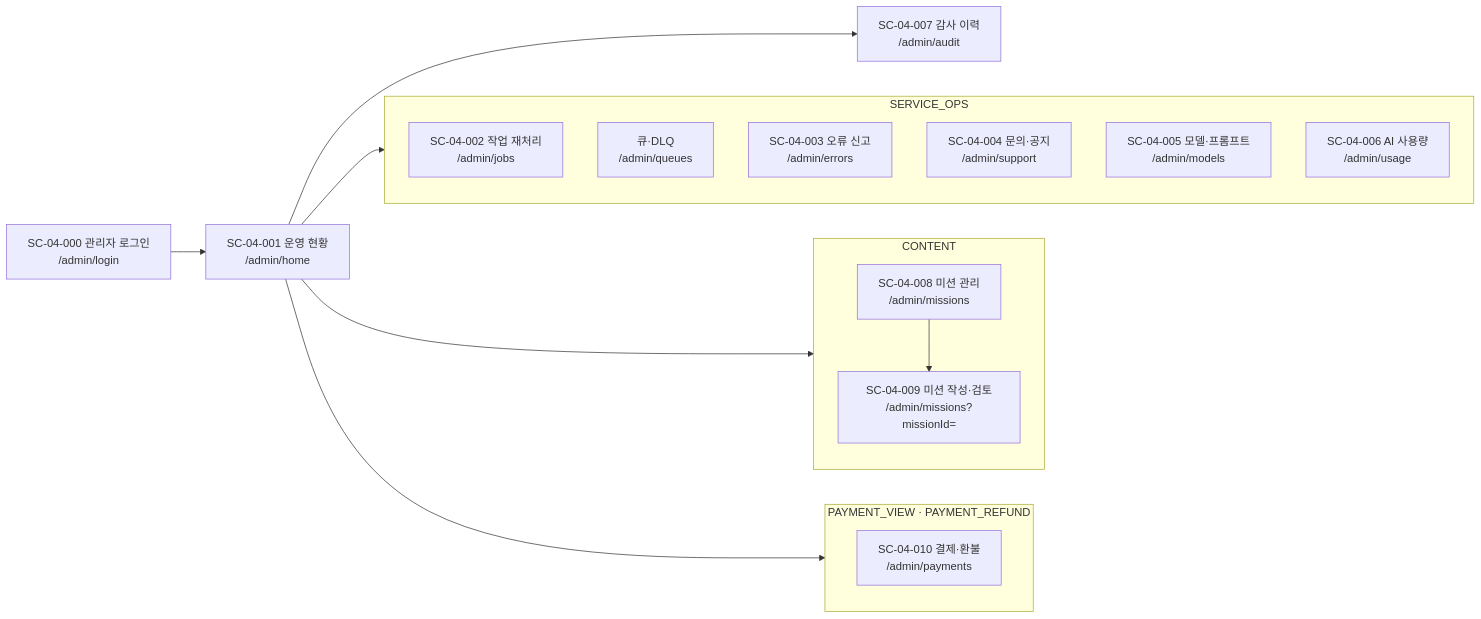
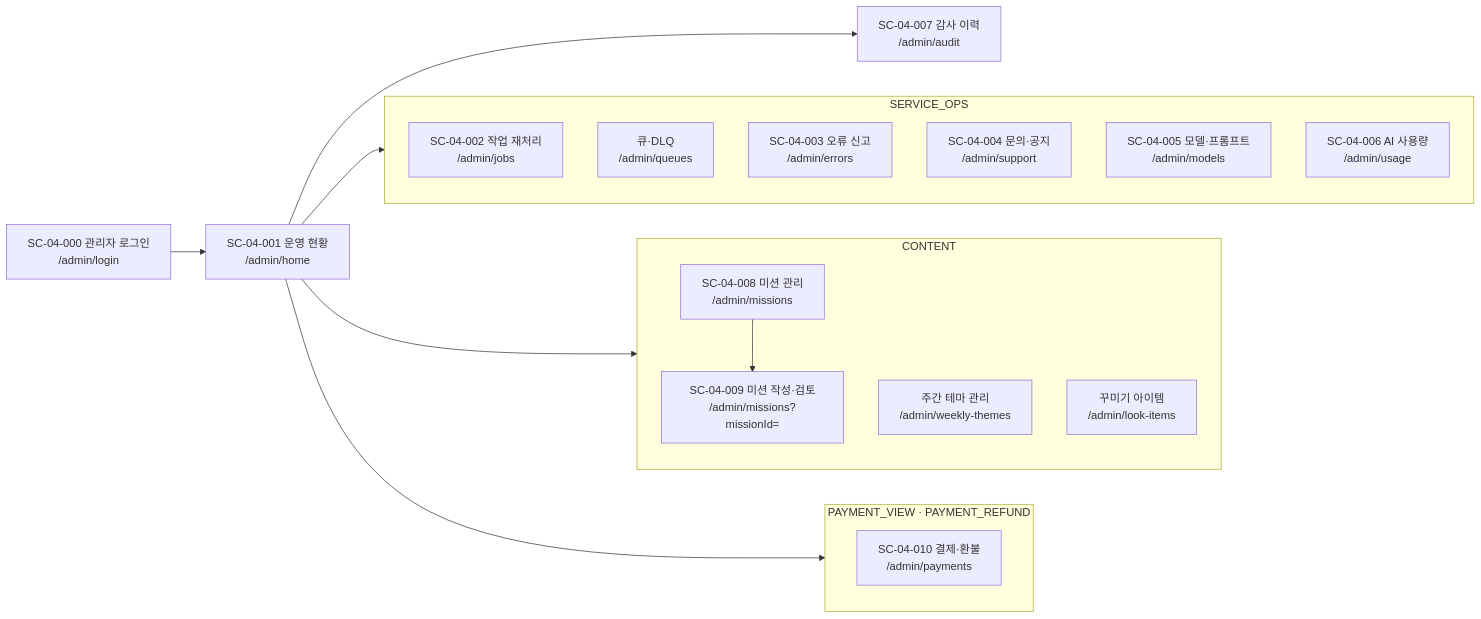
One commit to SKNETWORKS-FAMILY-AICAMP/SKN34-FINAL-3TEAM changed the fourth of 12 diagrams in docs/design/user-flow.md. Above: the diagram before and after it, drawn with Mermaid. The commit also changed other lines of this file and 20 other files, not shown here.

````diff
--- a/docs/design/user-flow.md
+++ b/docs/design/user-flow.md
@@ -144,24 +155,26 @@
 ```mermaid
 flowchart LR
   AL["SC-04-000 관리자 로그인<br/>/admin/login"] --> AH["SC-04-001 운영 현황<br/>/admin/home"]
   AH --> AU["SC-04-007 감사 이력<br/>/admin/audit"]
 
   subgraph OPS["SERVICE_OPS"]
     J["SC-04-002 작업 재처리<br/>/admin/jobs"]
     QD["큐·DLQ<br/>/admin/queues"]
     ER["SC-04-003 오류 신고<br/>/admin/errors"]
     SP["SC-04-004 문의·공지<br/>/admin/support"]
     MD["SC-04-005 모델·프롬프트<br/>/admin/models"]
     US["SC-04-006 AI 사용량<br/>/admin/usage"]
   end
   subgraph CON["CONTENT"]
     MI["SC-04-008 미션 관리<br/>/admin/missions"] --> ME["SC-04-009 미션 작성·검토<br/>/admin/missions?missionId="]
+    WT["주간 테마 관리<br/>/admin/weekly-themes"]
+    LI["꾸미기 아이템<br/>/admin/look-items"]
   end
   subgraph PAY["PAYMENT_VIEW · PAYMENT_REFUND"]
     PM["SC-04-010 결제·환불<br/>/admin/payments"]
   end
 
   AH --> OPS
   AH --> CON
   AH --> PAY
 ```
````
